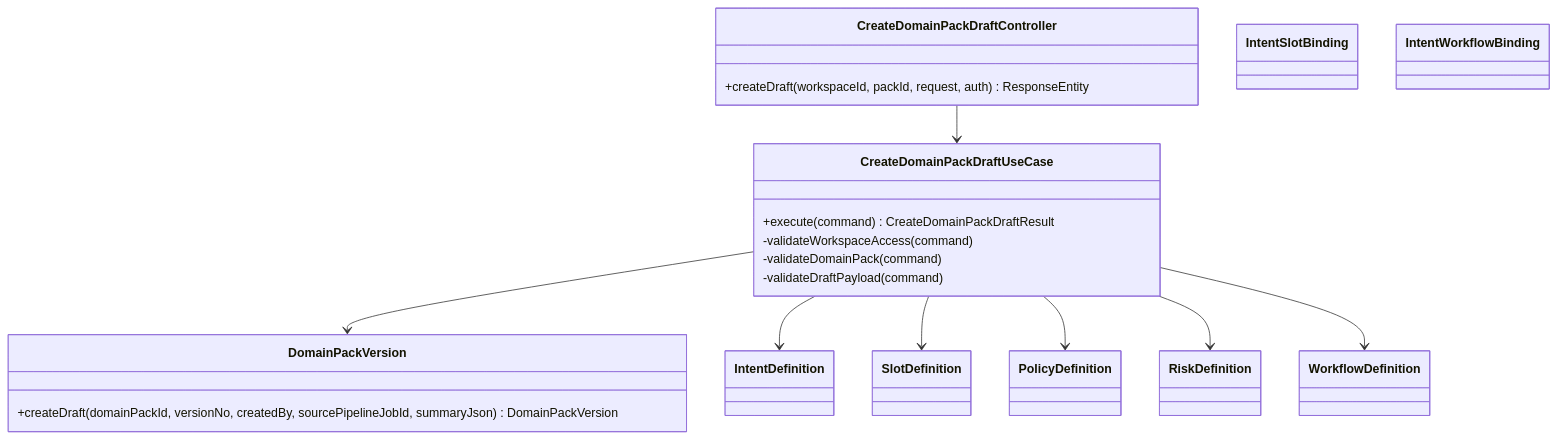
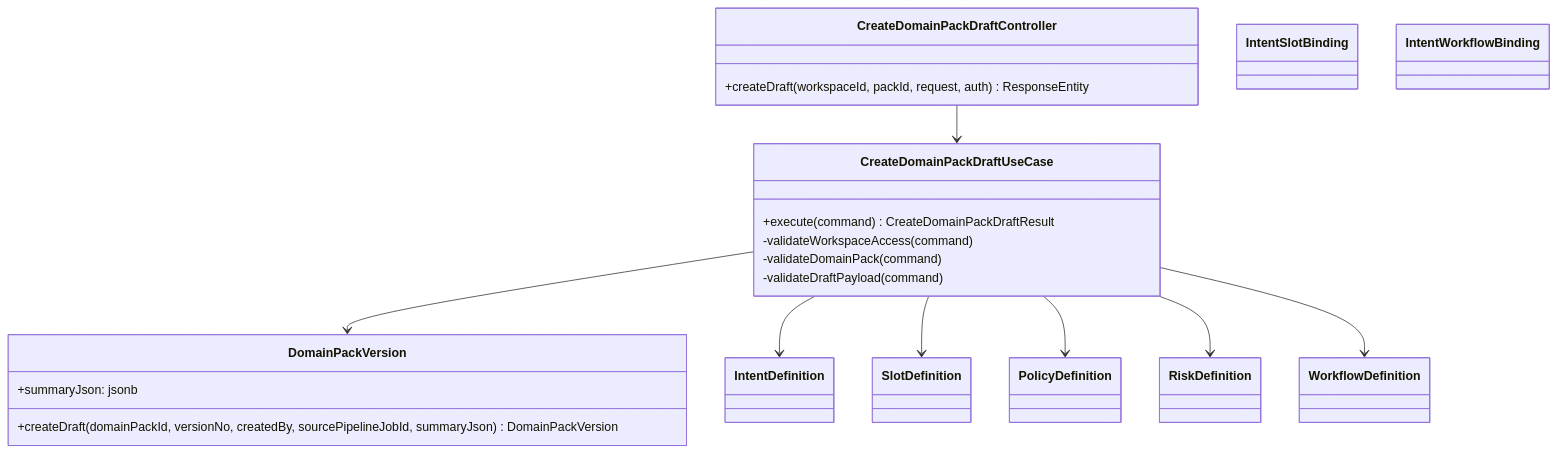
Before and after one commit to ajou-2026-1-capstone-5/ostone: the second of 2 diagrams in .agent/specs/231.md, drawn with Mermaid. The commit also changed other lines of this file, not shown here.

````diff
--- a/.agent/specs/231.md
+++ b/.agent/specs/231.md
@@ -205,33 +207,34 @@
 ```mermaid
 classDiagram
     class CreateDomainPackDraftController {
         +createDraft(workspaceId, packId, request, auth) ResponseEntity
     }
 
     class CreateDomainPackDraftUseCase {
         +execute(command) CreateDomainPackDraftResult
         -validateWorkspaceAccess(command)
         -validateDomainPack(command)
         -validateDraftPayload(command)
     }
 
     class DomainPackVersion {
         +createDraft(domainPackId, versionNo, createdBy, sourcePipelineJobId, summaryJson) DomainPackVersion
+        +summaryJson: jsonb
     }
 
     class IntentDefinition
     class SlotDefinition
     class PolicyDefinition
     class RiskDefinition
     class WorkflowDefinition
     class IntentSlotBinding
     class IntentWorkflowBinding
 
     CreateDomainPackDraftController --> CreateDomainPackDraftUseCase
     CreateDomainPackDraftUseCase --> DomainPackVersion
     CreateDomainPackDraftUseCase --> IntentDefinition
     CreateDomainPackDraftUseCase --> SlotDefinition
     CreateDomainPackDraftUseCase --> PolicyDefinition
     CreateDomainPackDraftUseCase --> RiskDefinition
     CreateDomainPackDraftUseCase --> WorkflowDefinition
 ```
````
